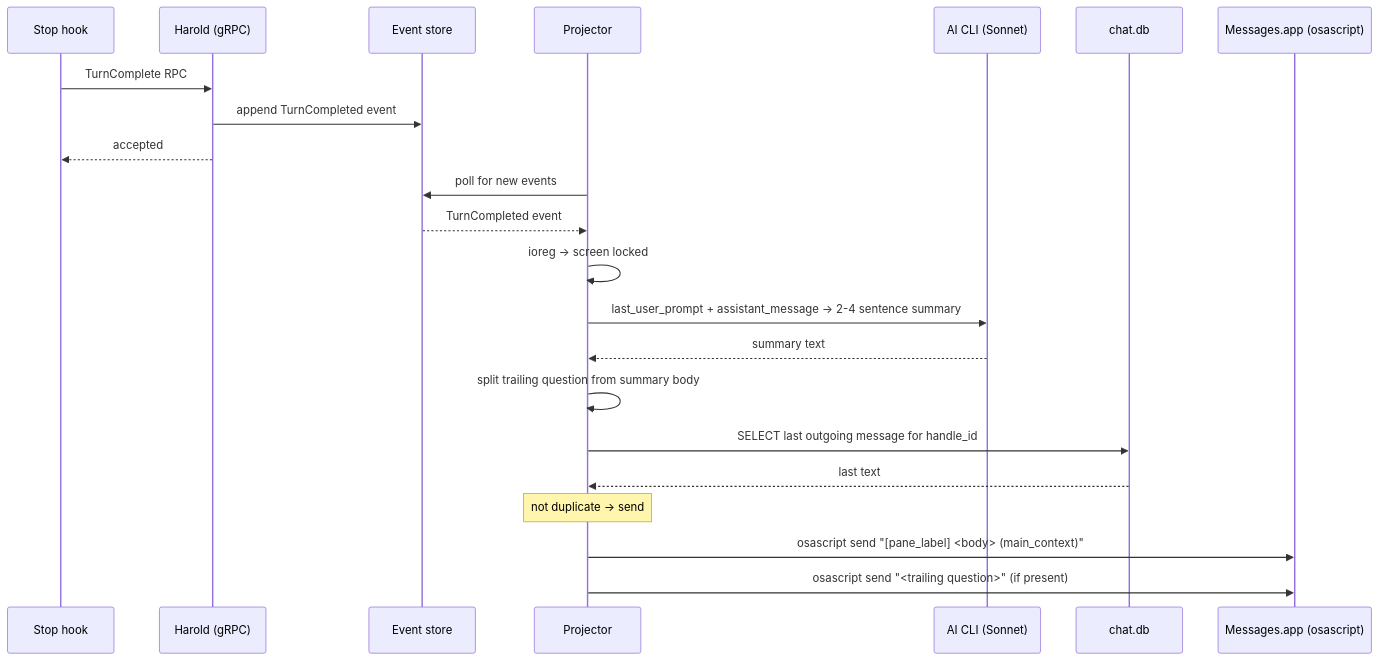
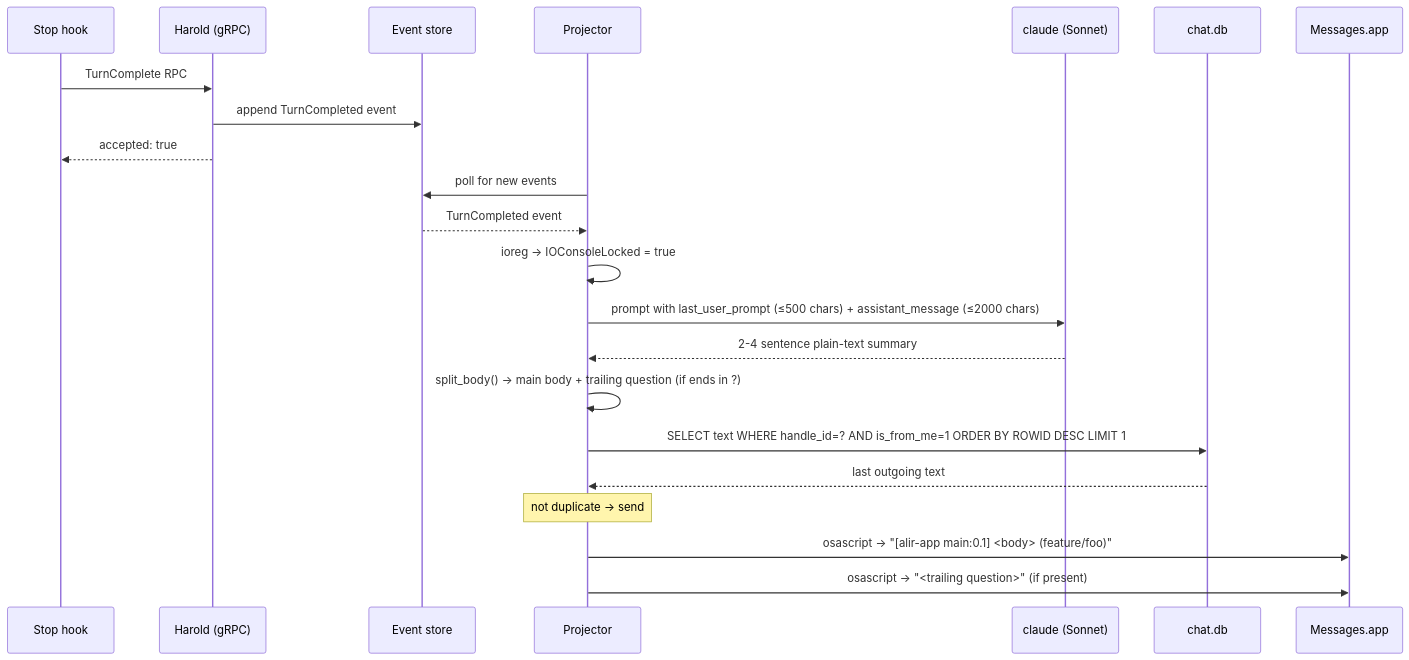
Before and after one commit to kahgeh/harold: the second of 2 diagrams in docs/references/notification/README.md, drawn with Mermaid. The commit also changed other lines of this file and 2 other files, not shown here.

Commit message:
docs: deepen feature READMEs with component-level detail and full sequences

````diff
--- a/docs/references/notification/README.md
+++ b/docs/references/notification/README.md
@@ -70,26 +103,26 @@
 ```mermaid
 sequenceDiagram
     participant Hook as Stop hook
     participant gRPC as Harold (gRPC)
     participant Store as Event store
     participant Projector
-    participant AiCli as AI CLI (Sonnet)
+    participant AiCli as claude (Sonnet)
     participant ChatDb as chat.db
-    participant Messages as Messages.app (osascript)
+    participant Messages as Messages.app
 
     Hook->>gRPC: TurnComplete RPC
     gRPC->>Store: append TurnCompleted event
-    gRPC-->>Hook: accepted
+    gRPC-->>Hook: accepted: true
 
     Projector->>Store: poll for new events
     Store-->>Projector: TurnCompleted event
-    Projector->>Projector: ioreg → screen locked
-    Projector->>AiCli: last_user_prompt + assistant_message → 2-4 sentence summary
-    AiCli-->>Projector: summary text
-    Projector->>Projector: split trailing question from summary body
-    Projector->>ChatDb: SELECT last outgoing message for handle_id
-    ChatDb-->>Projector: last text
+    Projector->>Projector: ioreg → IOConsoleLocked = true
+    Projector->>AiCli: prompt with last_user_prompt (≤500 chars) + assistant_message (≤2000 chars)
+    AiCli-->>Projector: 2-4 sentence plain-text summary
+    Projector->>Projector: split_body() → main body + trailing question (if ends in ?)
+    Projector->>ChatDb: SELECT text WHERE handle_id=? AND is_from_me=1 ORDER BY ROWID DESC LIMIT 1
+    ChatDb-->>Projector: last outgoing text
     note over Projector: not duplicate → send
-    Projector->>Messages: osascript send "[pane_label] <body> (main_context)"
-    Projector->>Messages: osascript send "<trailing question>" (if present)
+    Projector->>Messages: osascript → "[alir-app main:0.1] <body> (feature/foo)"
+    Projector->>Messages: osascript → "<trailing question>" (if present)
 ```
````
